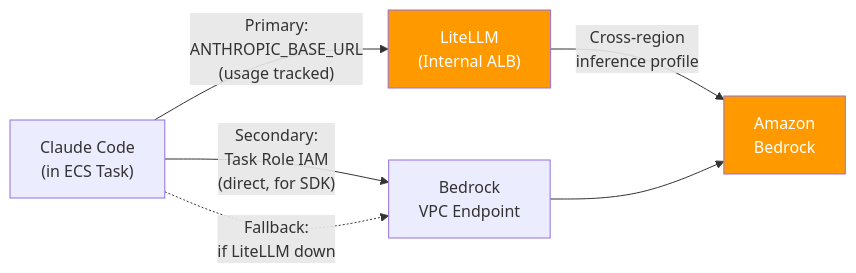
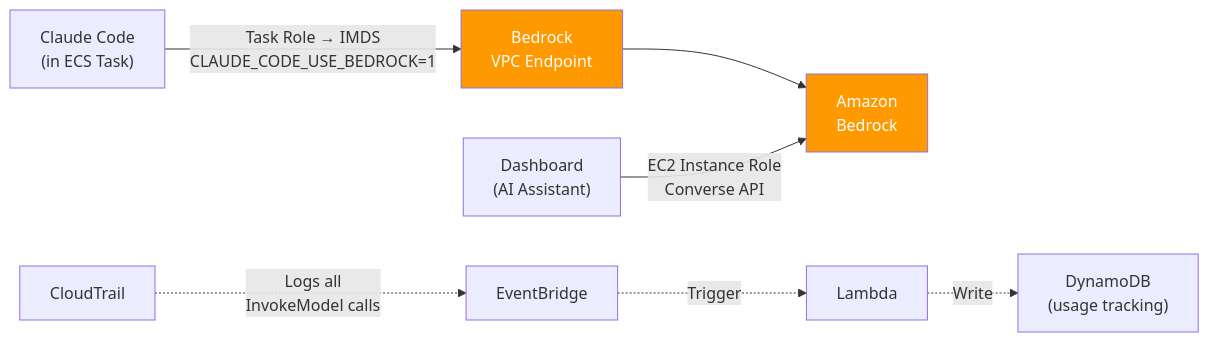
The fourth of 7 diagrams in docs/architecture.md (Atom-oh/cc-on-bedrock), drawn with Mermaid before and after one commit. The commit also changed other lines of this file and 8 other files, not shown here.

First line of the commit message:
docs: sync all documentation with Bedrock Direct architecture

````diff
--- a/docs/architecture.md
+++ b/docs/architecture.md
@@ -180,13 +170,14 @@
 ```mermaid
 graph LR
-    CC["Claude Code<br/>(in ECS Task)"] -->|"Primary:<br/>ANTHROPIC_BASE_URL<br/>(usage tracked)"| LiteLLM["LiteLLM<br/>(Internal ALB)"]
-    LiteLLM -->|"Cross-region<br/>inference profile"| Bedrock["Amazon<br/>Bedrock"]
+    CC["Claude Code<br/>(in ECS Task)"] -->|"Task Role → IMDS<br/>CLAUDE_CODE_USE_BEDROCK=1"| VPCE["Bedrock<br/>VPC Endpoint"]
+    VPCE --> Bedrock["Amazon<br/>Bedrock"]
 
-    CC -->|"Secondary:<br/>Task Role IAM<br/>(direct, for SDK)"| VPCE["Bedrock<br/>VPC Endpoint"]
-    VPCE --> Bedrock
+    Dashboard["Dashboard<br/>(AI Assistant)"] -->|"EC2 Instance Role<br/>Converse API"| Bedrock
 
-    CC -.->|"Fallback:<br/>if LiteLLM down"| VPCE
+    CT["CloudTrail"] -.->|"Logs all<br/>InvokeModel calls"| EB["EventBridge"]
+    EB -.->|"Trigger"| Lambda["Lambda"]
+    Lambda -.->|"Write"| DDB["DynamoDB<br/>(usage tracking)"]
 
-    style LiteLLM fill:#ff9900,color:#fff
     style Bedrock fill:#ff9900,color:#fff
+    style VPCE fill:#ff9900,color:#fff
 ```
````
